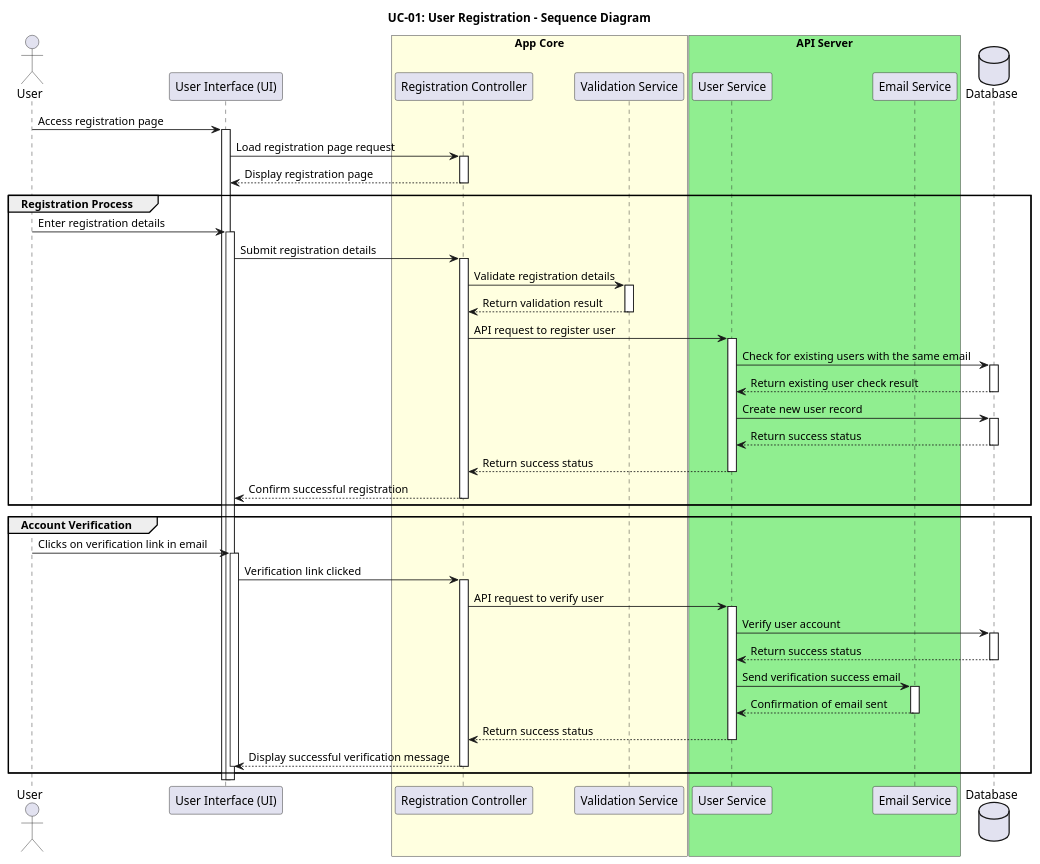
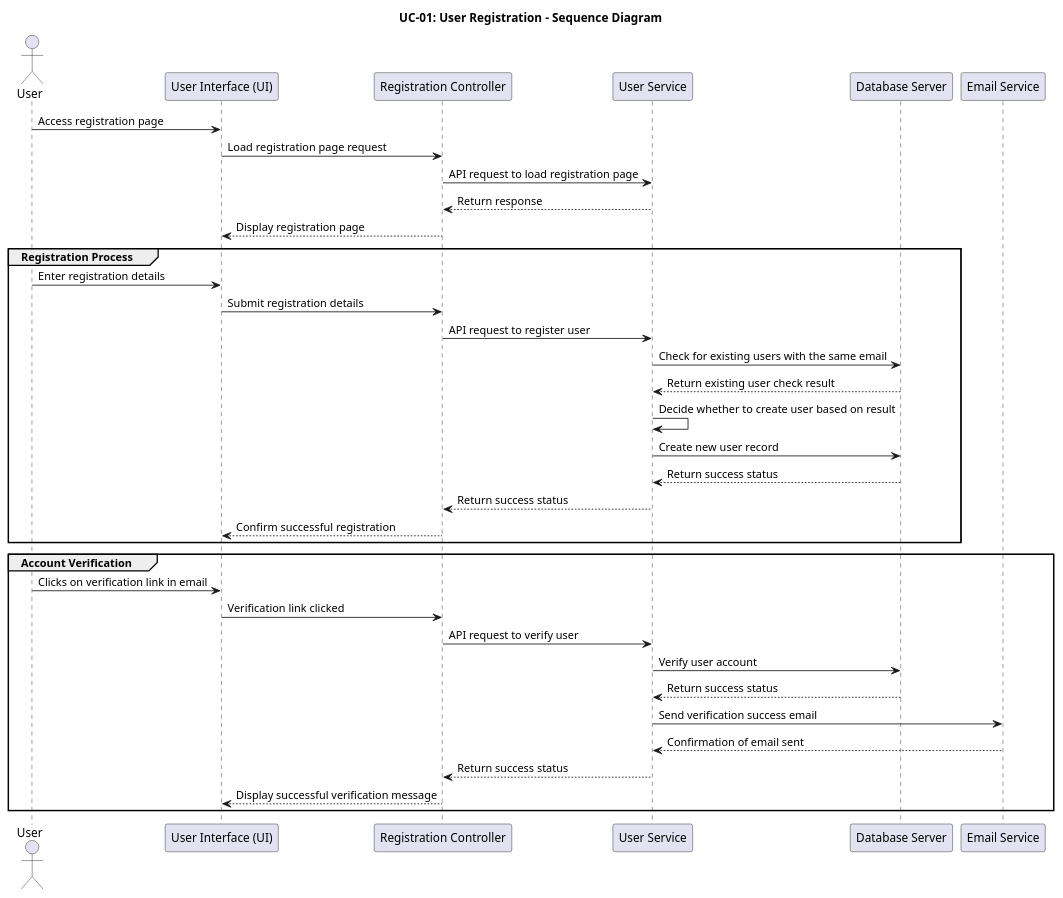
Before and after one commit to IrenePorta/PetSitters: the diagram in Documents/PlantUML/UC-01_SEQUENCE_Diagram.puml, drawn with PlantUML.

```diff
--- a/Documents/PlantUML/UC-01_SEQUENCE_Diagram.puml
+++ b/Documents/PlantUML/UC-01_SEQUENCE_Diagram.puml
@@ -1,91 +1,42 @@
 @startuml
 title UC-01: User Registration - Sequence Diagram
 
 actor "User" as user
 participant "User Interface (UI)" as ui
-box "App Core" #LightYellow
-  participant "Registration Controller" as regCtrl
-  participant "Validation Service" as valService
-end box
-box "API Server" #LightGreen
-  participant "User Service" as userService
-  participant "Email Service" as emailService
-end box
-database "Database" as db
+participant "Registration Controller" as regCtrl
+participant "User Service" as userService
+participant "Database Server" as dbServer
+participant "Email Service" as emailService
 
 user -> ui: Access registration page
-activate ui
-
 ui -> regCtrl: Load registration page request
-activate regCtrl
-
+regCtrl -> userService: API request to load registration page
+userService --> regCtrl: Return response
 regCtrl --> ui: Display registration page
-deactivate regCtrl
 
 group Registration Process
     user -> ui: Enter registration details
-    activate ui
-
     ui -> regCtrl: Submit registration details
-    activate regCtrl
-
-    regCtrl -> valService: Validate registration details
-    activate valService
-
-    valService --> regCtrl: Return validation result
-    deactivate valService
-
     regCtrl -> userService: API request to register user
-    activate userService
-
-    userService -> db: Check for existing users with the same email
-    activate db
-
-    db --> userService: Return existing user check result
-    deactivate db
-
-    userService -> db: Create new user record
-    activate db
-
-    db --> userService: Return success status
-    deactivate db
-
+    userService -> dbServer: Check for existing users with the same email
+    dbServer --> userService: Return existing user check result
+    userService -> userService: Decide whether to create user based on result
+    userService -> dbServer: Create new user record
+    dbServer --> userService: Return success status
     userService --> regCtrl: Return success status
-    deactivate userService
-
     regCtrl --> ui: Confirm successful registration
-    deactivate regCtrl
 end group
 
 group Account Verification
     user -> ui: Clicks on verification link in email
-    activate ui
-
     ui -> regCtrl: Verification link clicked
-    activate regCtrl
-
     regCtrl -> userService: API request to verify user
-    activate userService
-
-    userService -> db: Verify user account
-    activate db
-
-    db --> userService: Return success status
-    deactivate db
-
+    userService -> dbServer: Verify user account
+    dbServer --> userService: Return success status
     userService -> emailService: Send verification success email
-    activate emailService
-
     emailService --> userService: Confirmation of email sent
-    deactivate emailService
-
     userService --> regCtrl: Return success status
-    deactivate userService
-
     regCtrl --> ui: Display successful verification message
-    deactivate regCtrl
-
-    deactivate ui
 end group
 
 @enduml
```
